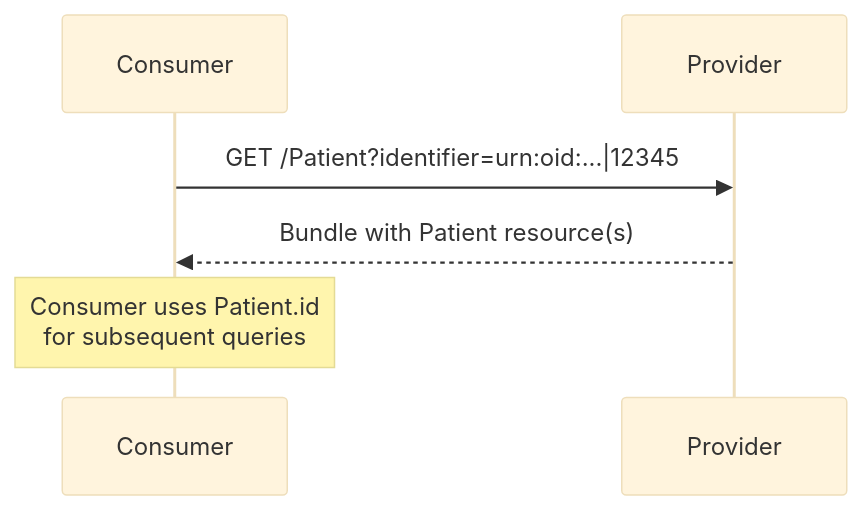
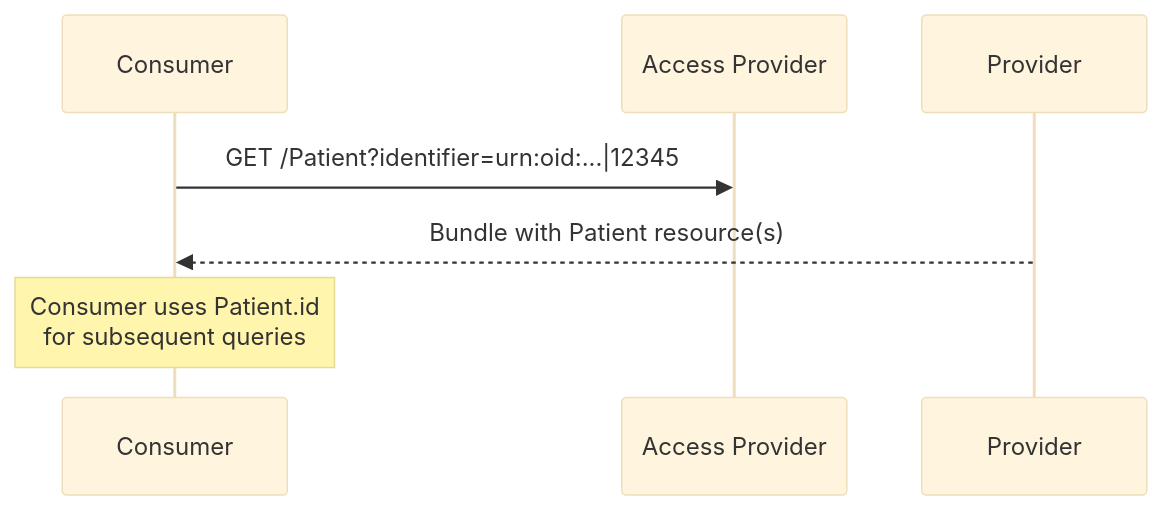
Before and after one commit to euridice-org/jwg-api: the diagram in input/pagecontent/patient-match.md, drawn with Mermaid (base theme). The commit also changed other lines of this file and 3 other files, not shown here.

````diff
--- a/input/pagecontent/patient-match.md
+++ b/input/pagecontent/patient-match.md
@@ -80,10 +81,10 @@
 ```mermaid
 sequenceDiagram
     participant Consumer
-    participant Provider
+    participant Access Provider
 
-    Consumer->>Provider: GET /Patient?identifier=urn:oid:...|12345
+    Consumer->>Access Provider: GET /Patient?identifier=urn:oid:...|12345
     Provider-->>Consumer: Bundle with Patient resource(s)
 
     Note over Consumer: Consumer uses Patient.id<br/>for subsequent queries
 ```
````
